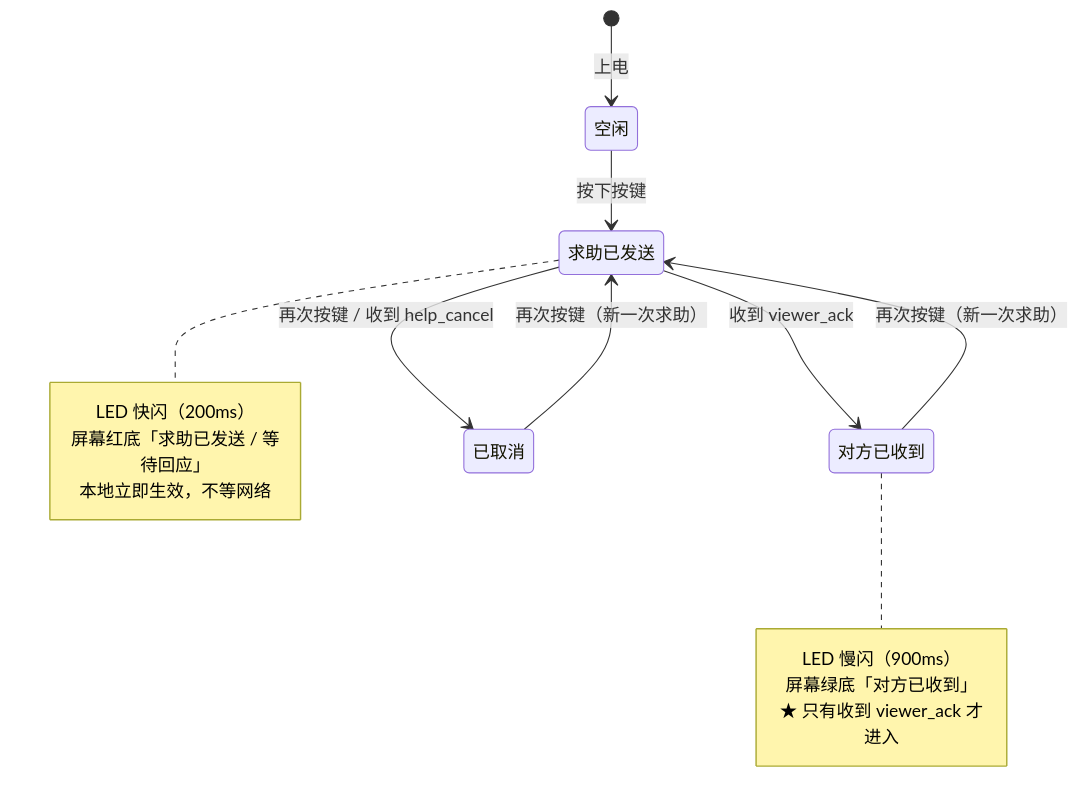
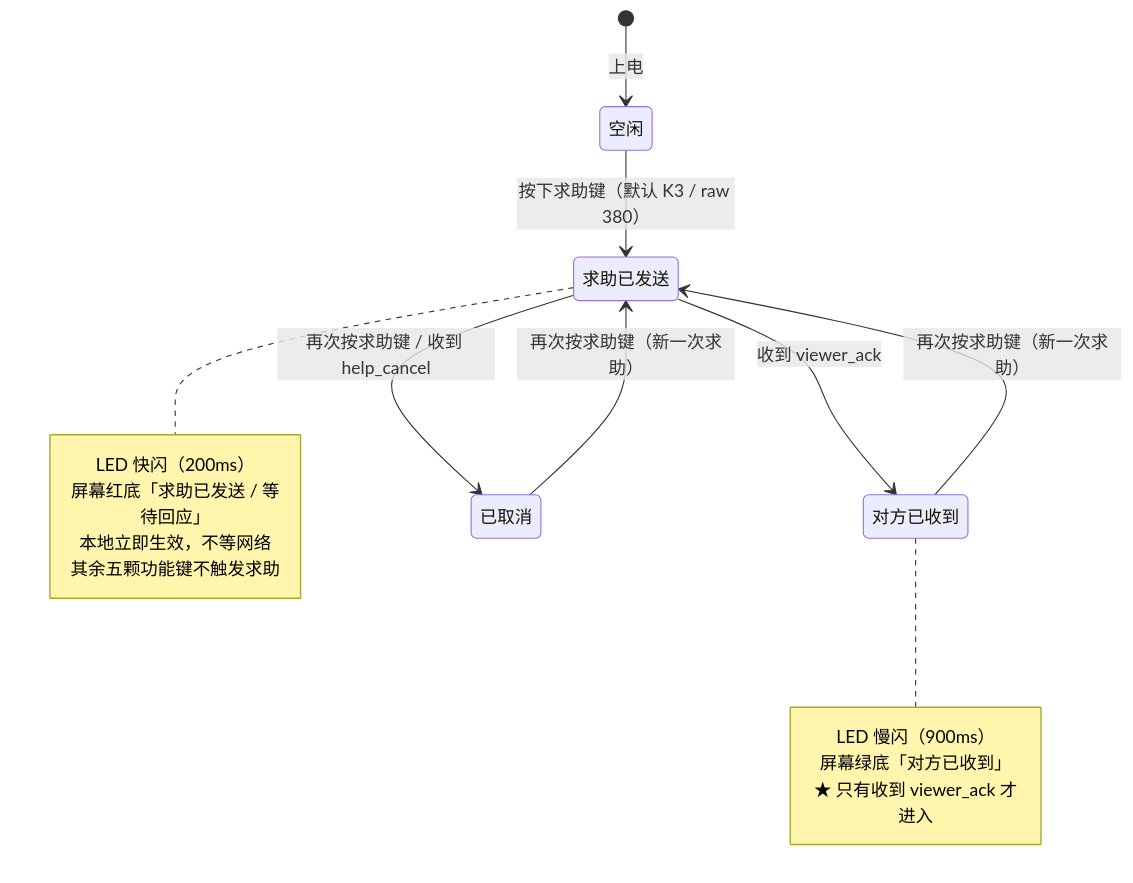
Before and after one commit to linzizhen/esp-web: the first of 3 diagrams in docs/week3-button-feedback.md, drawn with Mermaid. The commit also changed other lines of this file and 6 other files, not shown here.

````diff
--- a/docs/week3-button-feedback.md
+++ b/docs/week3-button-feedback.md
@@ -92,20 +99,21 @@
 ```mermaid
 stateDiagram-v2
     [*] --> 空闲: 上电
-    空闲 --> 求助已发送: 按下按键
+    空闲 --> 求助已发送: 按下求助键（默认 K3 / raw 380）
     求助已发送 --> 对方已收到: 收到 viewer_ack
-    求助已发送 --> 已取消: 再次按键 / 收到 help_cancel
-    对方已收到 --> 求助已发送: 再次按键（新一次求助）
-    已取消 --> 求助已发送: 再次按键（新一次求助）
+    求助已发送 --> 已取消: 再次按求助键 / 收到 help_cancel
+    对方已收到 --> 求助已发送: 再次按求助键（新一次求助）
+    已取消 --> 求助已发送: 再次按求助键（新一次求助）
 
     note right of 求助已发送
         LED 快闪（200ms）
         屏幕红底「求助已发送 / 等待回应」
         本地立即生效，不等网络
+        其余五颗功能键不触发求助
     end note
     note right of 对方已收到
         LED 慢闪（900ms）
         屏幕绿底「对方已收到」
         ★ 只有收到 viewer_ack 才进入
     end note
 ```
````
